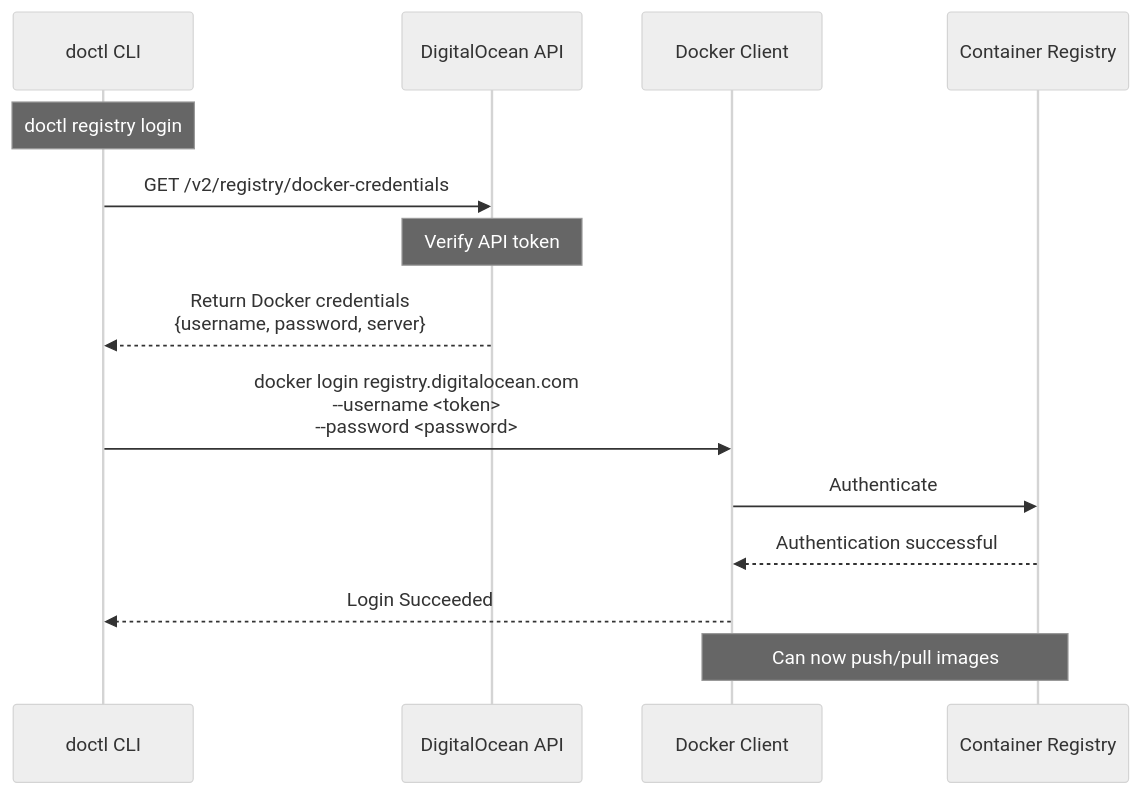
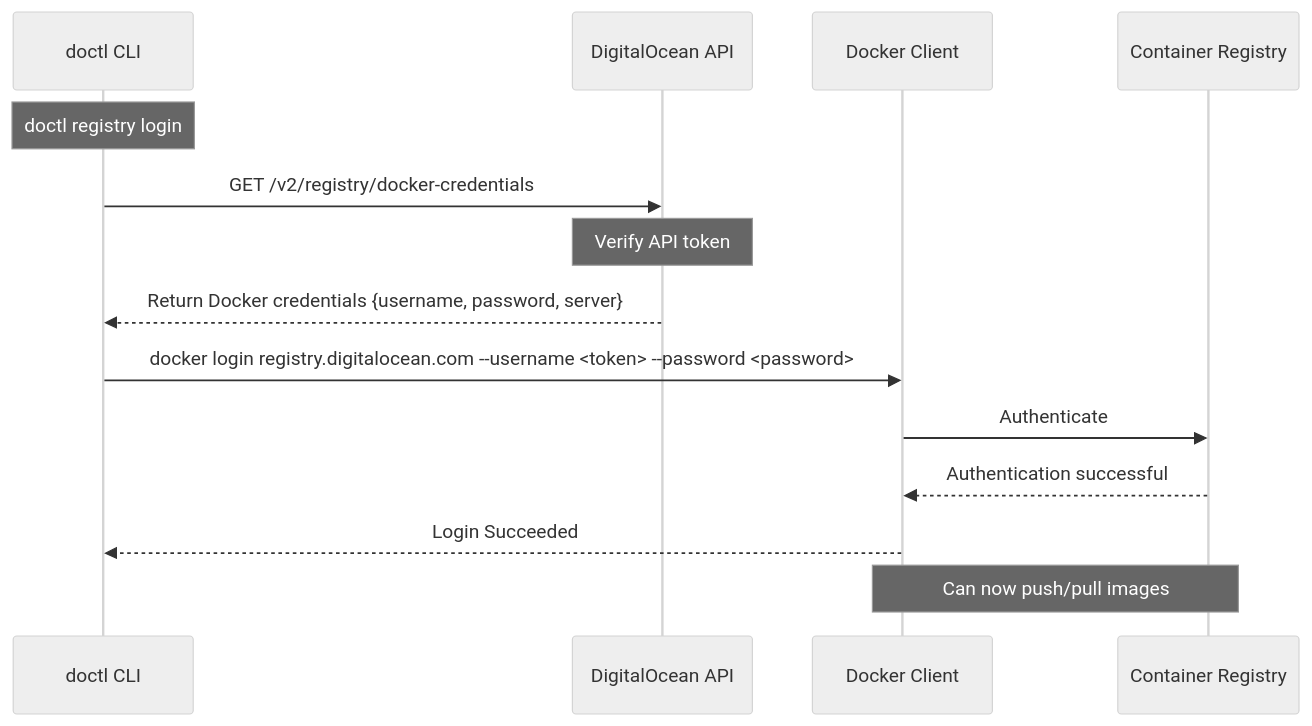
The fifth of 9 diagrams in wiki/Deployment-Workflow.md (softwarewrighter/ssl-proxy-for-do), drawn with Mermaid (neutral theme) before and after one commit. The commit also changed other lines of this file and 3 other files, not shown here.

First line of the commit message:
Remove all remaining br tags from sequence diagrams

````diff
--- a/wiki/Deployment-Workflow.md
+++ b/wiki/Deployment-Workflow.md
@@ -257,23 +257,23 @@
 ```mermaid
 sequenceDiagram
     participant CLI as doctl CLI
     participant API as DigitalOcean API
     participant Docker as Docker Client
     participant Registry as Container Registry
 
-    Note over CLI: doctl registry login
+ Note over CLI: doctl registry login
 
     CLI->>API: GET /v2/registry/docker-credentials
-    Note over API: Verify API token
+ Note over API: Verify API token
 
-    API-->>CLI: Return Docker credentials<br/>{username, password, server}
+    API-->>CLI: Return Docker credentials {username, password, server}
 
-    CLI->>Docker: docker login registry.digitalocean.com<br/>--username <token><br/>--password <password>
+    CLI->>Docker: docker login registry.digitalocean.com --username <token> --password <password>
 
     Docker->>Registry: Authenticate
     Registry-->>Docker: Authentication successful
 
     Docker-->>CLI: Login Succeeded
 
-    Note over Docker,Registry: Can now push/pull images
+ Note over Docker,Registry: Can now push/pull images
 ```
````
